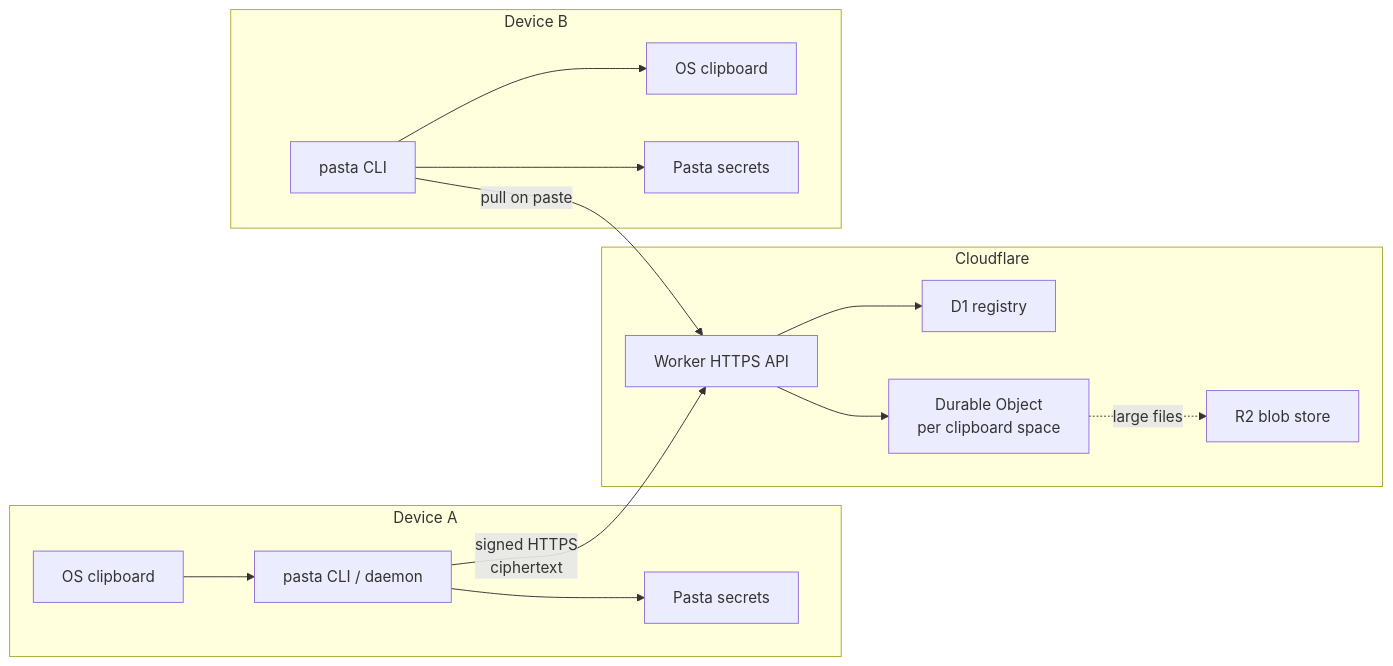
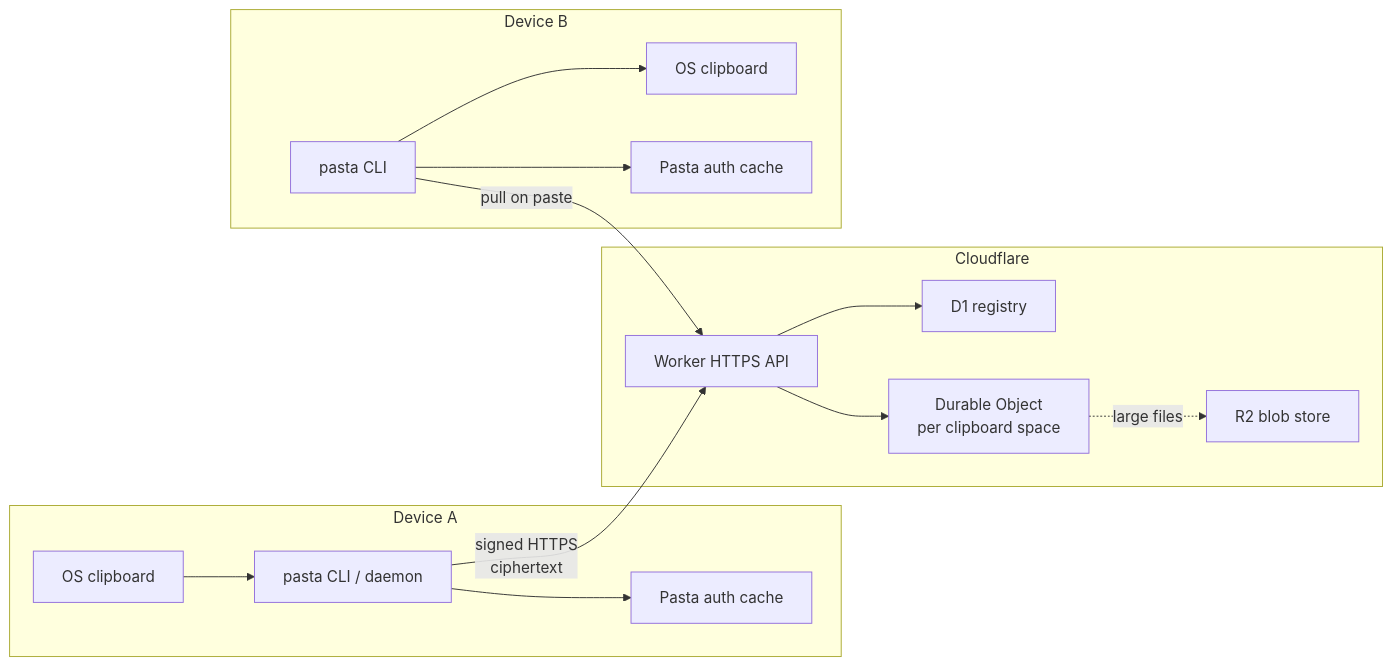
One commit to thehumanworks/pasta changed the diagram in docs-site/content/architecture.md. Above: the diagram before and after it, drawn with Mermaid. The commit also changed other lines of this file and 20 other files, not shown here.

Commit message:
cache auth credentials by default

````diff
--- a/docs-site/content/architecture.md
+++ b/docs-site/content/architecture.md
@@ -11,29 +11,29 @@
 ```mermaid
 flowchart LR
   subgraph DeviceA["Device A"]
     ClipA["OS clipboard"]
     DaemonA["pasta CLI / daemon"]
-    SecretsA["Pasta secrets"]
+    SecretsA["Pasta auth cache"]
   end
   subgraph Cloudflare["Cloudflare"]
     Worker["Worker HTTPS API"]
     D1["D1 registry"]
     DO["Durable Object\nper clipboard space"]
     R2["R2 blob store"]
   end
   subgraph DeviceB["Device B"]
     ClipB["OS clipboard"]
     DaemonB["pasta CLI"]
-    SecretsB["Pasta secrets"]
+    SecretsB["Pasta auth cache"]
   end
 
   ClipA --> DaemonA
   DaemonA --> SecretsA
   DaemonA -- "signed HTTPS\nciphertext" --> Worker
   Worker --> D1
   Worker --> DO
   DO -. "large files" .-> R2
   DaemonB -- "pull on paste" --> Worker
   DaemonB --> SecretsB
   DaemonB --> ClipB
 ```
````
